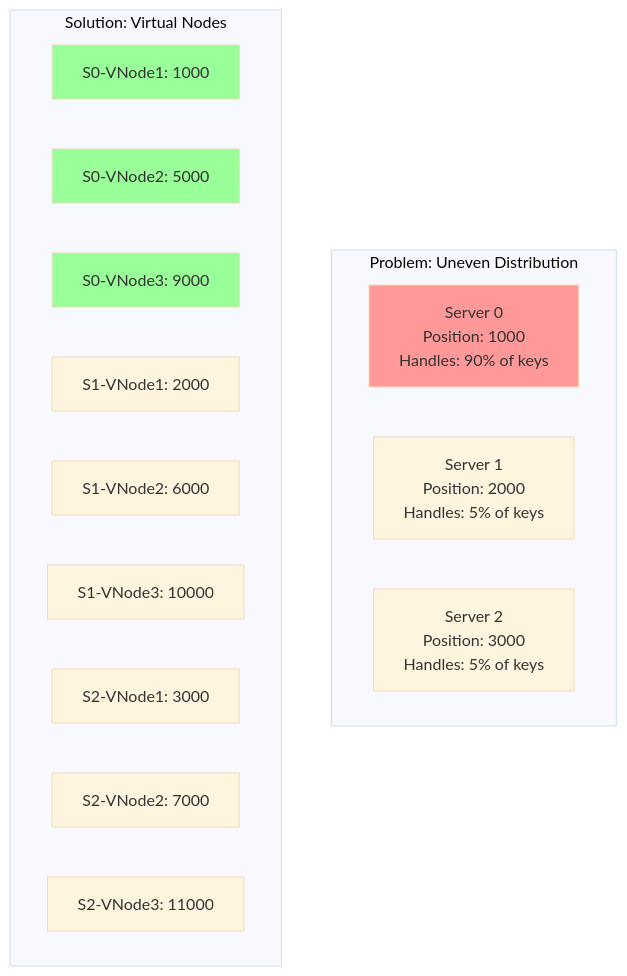
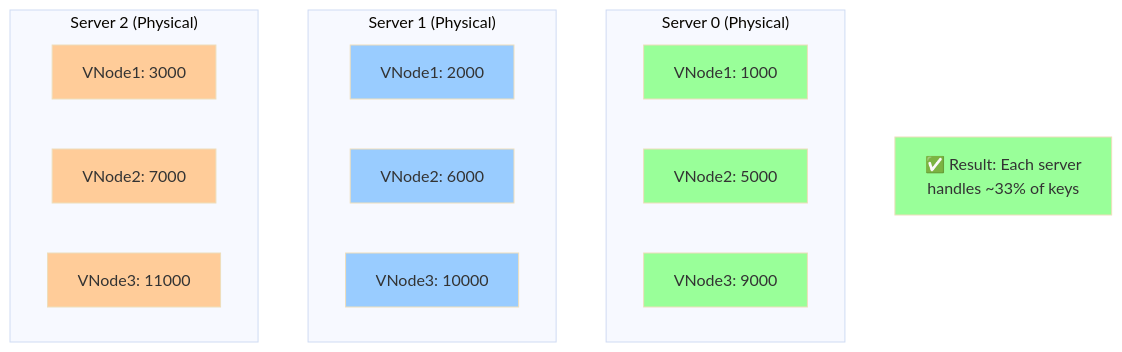
The sixth of 26 diagrams in docs/daily/2024-10-25.md (hawaijar/System-Design-Journey), drawn with Mermaid (base theme) before and after one commit. The commit also changed other lines of this file, not shown here.

Commit message:
Fix virtual nodes diagram overlap
Split into two separate diagrams:
1. Problem diagram (horizontal layout) showing uneven distribution
2. Solution diagram showing virtual nodes grouped by physical server

Added result box showing even 33% distribution.

````diff
--- a/docs/daily/2024-10-25.md
+++ b/docs/daily/2024-10-25.md
@@ -124,27 +141,33 @@
 ```mermaid
 graph TB
-    subgraph "Problem: Uneven Distribution"
-        P1[Server 0<br/>Position: 1000<br/>Handles: 90% of keys]
-        P2[Server 1<br/>Position: 2000<br/>Handles: 5% of keys]
-        P3[Server 2<br/>Position: 3000<br/>Handles: 5% of keys]
+    subgraph Server0["Server 0 (Physical)"]
+        S0_1[VNode1: 1000]
+        S0_2[VNode2: 5000]
+        S0_3[VNode3: 9000]
     end
 
-    subgraph "Solution: Virtual Nodes"
-        S0_1[S0-VNode1: 1000]
-        S0_2[S0-VNode2: 5000]
-        S0_3[S0-VNode3: 9000]
-
-        S1_1[S1-VNode1: 2000]
-        S1_2[S1-VNode2: 6000]
-        S1_3[S1-VNode3: 10000]
-
-        S2_1[S2-VNode1: 3000]
-        S2_2[S2-VNode2: 7000]
-        S2_3[S2-VNode3: 11000]
+    subgraph Server1["Server 1 (Physical)"]
+        S1_1[VNode1: 2000]
+        S1_2[VNode2: 6000]
+        S1_3[VNode3: 10000]
     end
 
-    style P1 fill:#f99
+    subgraph Server2["Server 2 (Physical)"]
+        S2_1[VNode1: 3000]
+        S2_2[VNode2: 7000]
+        S2_3[VNode3: 11000]
+    end
+
+    Result[✅ Result: Each server<br/>handles ~33% of keys]
+
     style S0_1 fill:#9f9
     style S0_2 fill:#9f9
     style S0_3 fill:#9f9
+    style S1_1 fill:#9cf
+    style S1_2 fill:#9cf
+    style S1_3 fill:#9cf
+    style S2_1 fill:#fc9
+    style S2_2 fill:#fc9
+    style S2_3 fill:#fc9
+    style Result fill:#9f9
 ```
````
